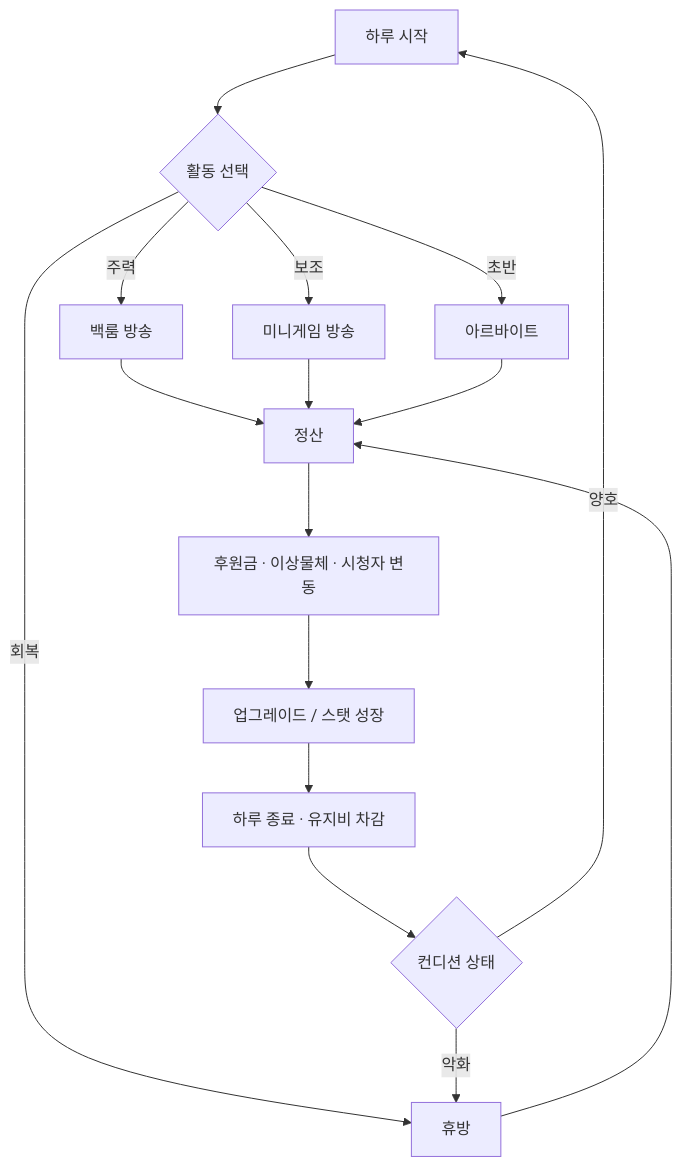
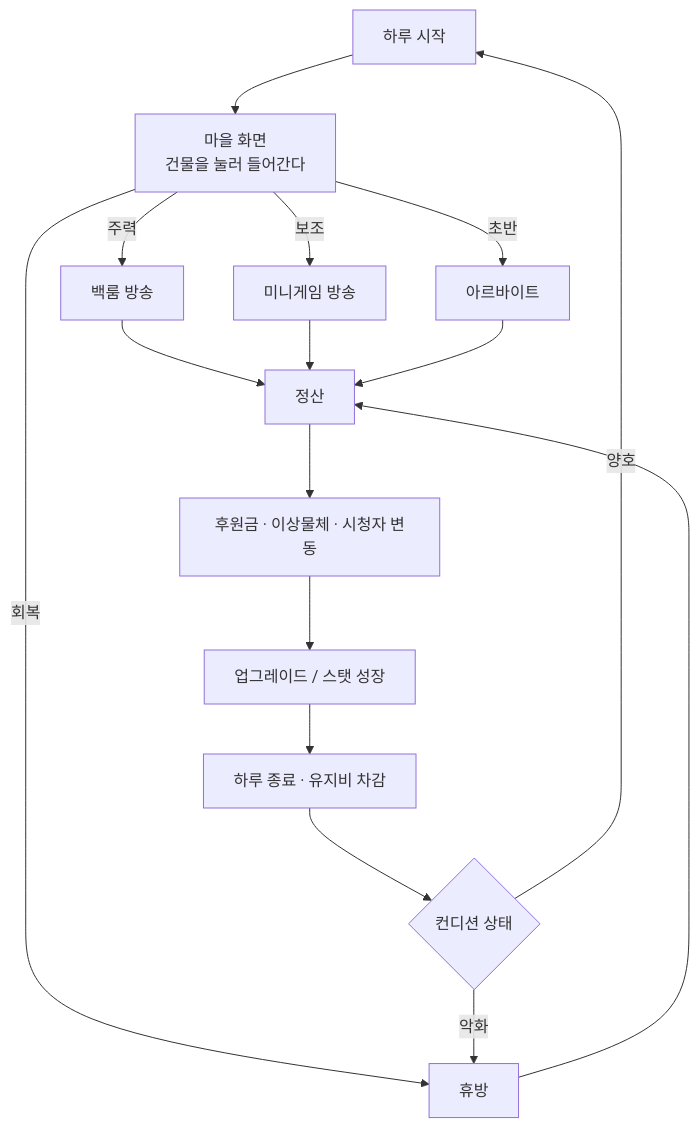
One commit to LAVINSE/Project-R changed the first of 4 diagrams in Assets/00_DevPlanned/프로젝트R_기획서.md. Above: the diagram before and after it, drawn with Mermaid. The commit also changed other lines of this file and 222 other files, not shown here.

````diff
--- a/Assets/00_DevPlanned/프로젝트R_기획서.md
+++ b/Assets/00_DevPlanned/프로젝트R_기획서.md
@@ -58,20 +58,20 @@
 ```mermaid
 graph TD
-    A[하루 시작] --> B{활동 선택}
+    A[하루 시작] --> B[마을 화면<br/>건물을 눌러 들어간다]
     B -->|주력| C[백룸 방송]
     B -->|보조| D[미니게임 방송]
     B -->|초반| E[아르바이트]
     B -->|회복| F[휴방]
 
     C --> G[정산]
     D --> G
     E --> G
     F --> G
 
     G --> H[후원금 · 이상물체 · 시청자 변동]
     H --> I[업그레이드 / 스탯 성장]
     I --> J[하루 종료 · 유지비 차감]
     J --> K{컨디션 상태}
     K -->|양호| A
     K -->|악화| F
 ```
````
